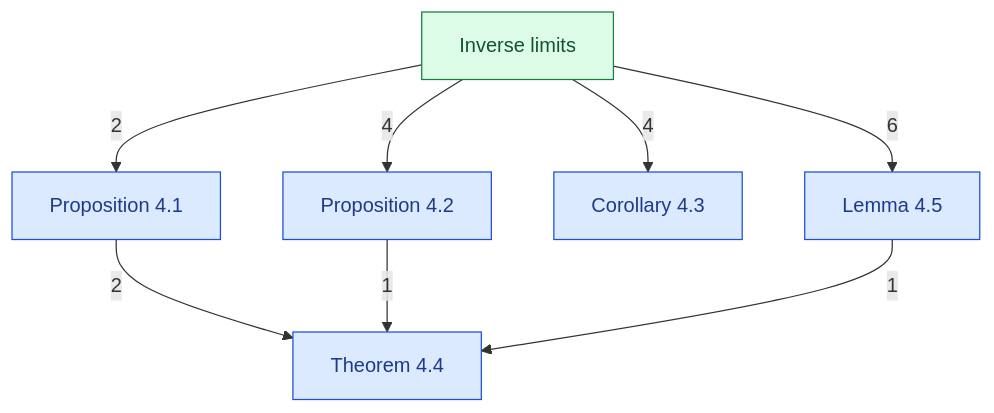
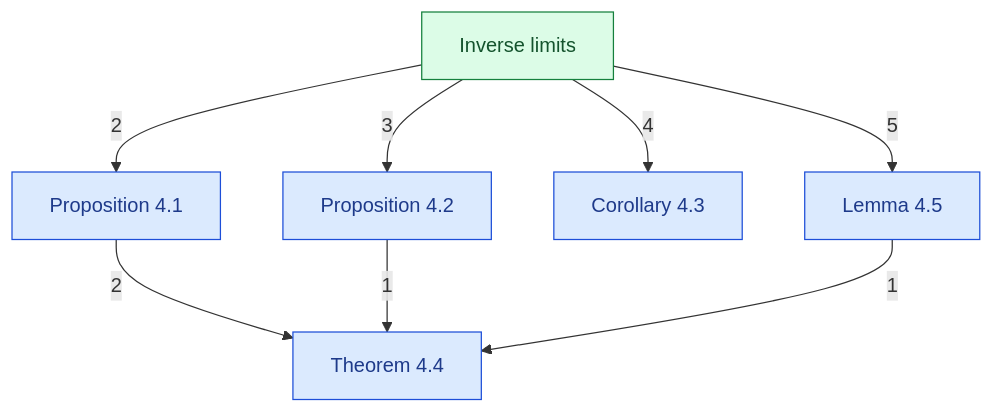
One commit to catskillsresearch/DomainTheory changed the diagram in DomainTheory/1972_Inverse_limits.mermaid. Above: the diagram before and after it, drawn with Mermaid. The commit also changed 24 other files, not shown here.

```diff
--- a/DomainTheory/1972_Inverse_limits.mermaid
+++ b/DomainTheory/1972_Inverse_limits.mermaid
@@ -1,21 +1,21 @@
 %% Notes of the inverse-limits section.
 %% Arrowhead on the importer. The number is a direct-import count.
 %% An arrow already implied by a longer path is omitted.
 flowchart TB
   IL["Inverse limits"]
   P41["Proposition 4.1"]
   P42["Proposition 4.2"]
   C43["Corollary 4.3"]
   T44["Theorem 4.4"]
   L45["Lemma 4.5"]
   IL -->|"2"| P41
-  IL -->|"4"| P42
+  IL -->|"3"| P42
   IL -->|"4"| C43
-  IL -->|"6"| L45
+  IL -->|"5"| L45
   P41 -->|"2"| T44
   P42 -->|"1"| T44
   L45 -->|"1"| T44
   classDef concept fill:#dcfce7,stroke:#15803d,color:#14532d
   classDef numbered fill:#dbeafe,stroke:#1d4ed8,color:#1e3a8a
   class IL concept
   class P41,P42,C43,T44,L45 numbered
```
